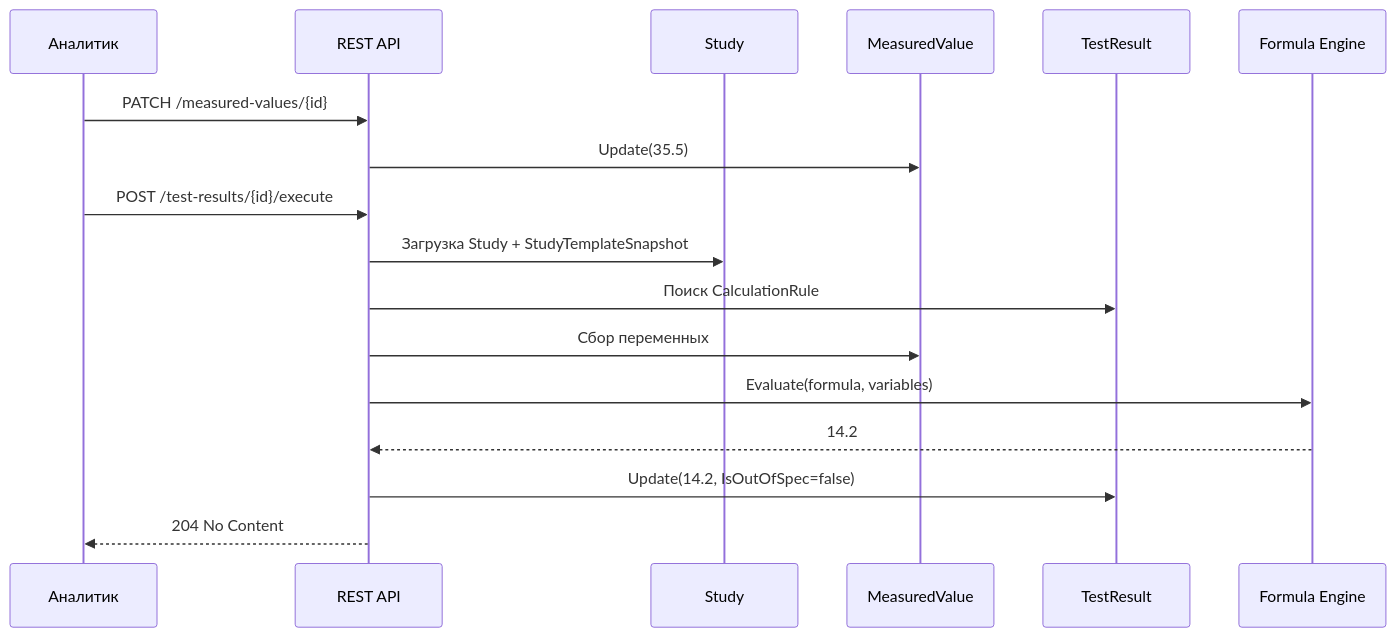
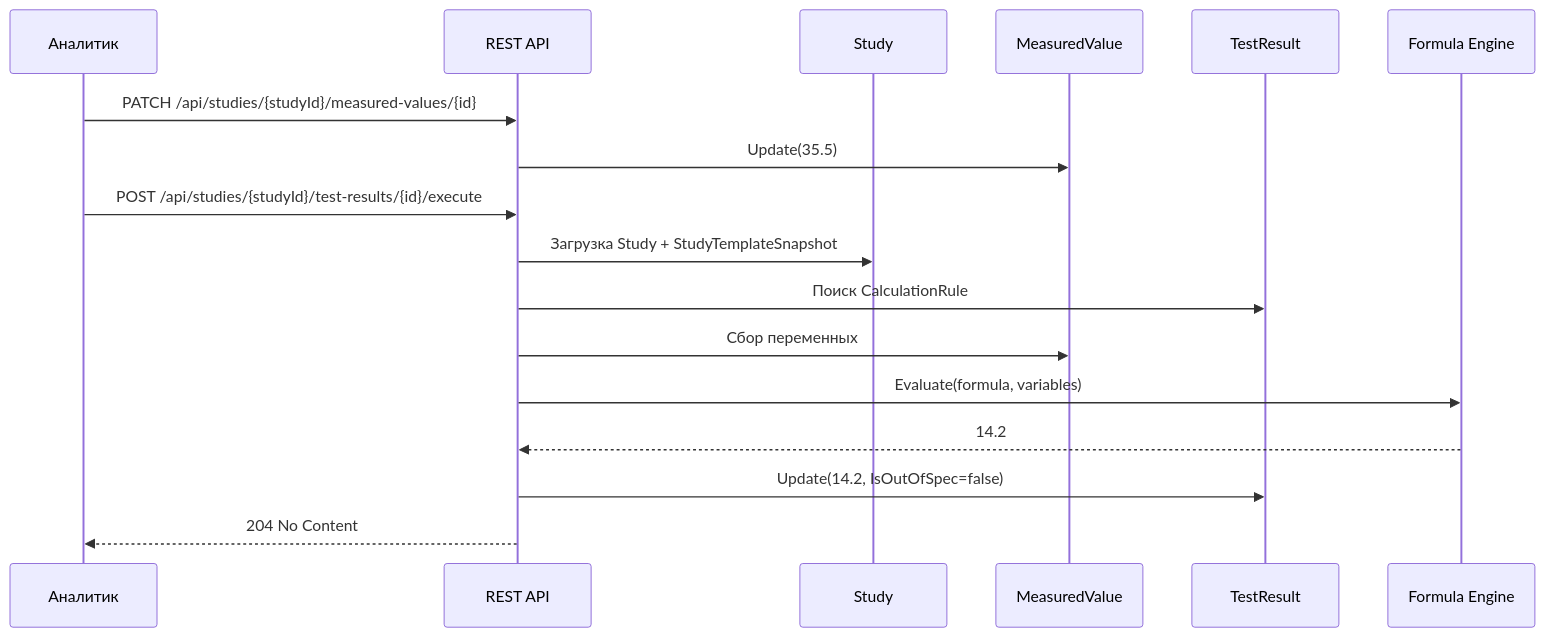
The sixth of 7 diagrams in README.md (SaintEfim/LIMS.DDD), drawn with Mermaid before and after one commit. The commit also changed other lines of this file and 1 other file, not shown here.

````diff
--- a/README.md
+++ b/README.md
@@ -476,24 +504,24 @@
 ```mermaid
 sequenceDiagram
     participant A as Аналитик
     participant API as REST API
     participant S as Study
     participant MV as MeasuredValue
     participant TR as TestResult
     participant E as Formula Engine
 
-    A->>API: PATCH /measured-values/{id}
+    A->>API: PATCH /api/studies/{studyId}/measured-values/{id}
     API->>MV: Update(35.5)
 
-    A->>API: POST /test-results/{id}/execute
+    A->>API: POST /api/studies/{studyId}/test-results/{id}/execute
 
     API->>S: Загрузка Study + StudyTemplateSnapshot
     API->>TR: Поиск CalculationRule
     API->>MV: Сбор переменных
     API->>E: Evaluate(formula, variables)
 
     E-->>API: 14.2
 
     API->>TR: Update(14.2, IsOutOfSpec=false)
     API-->>A: 204 No Content
 ```
````
